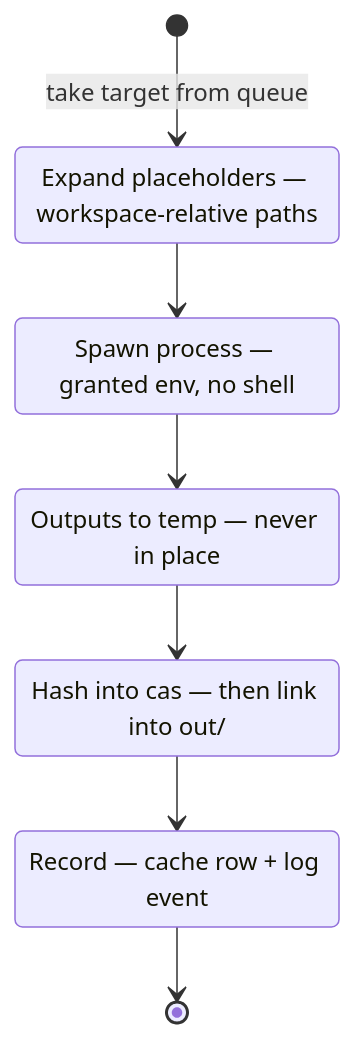
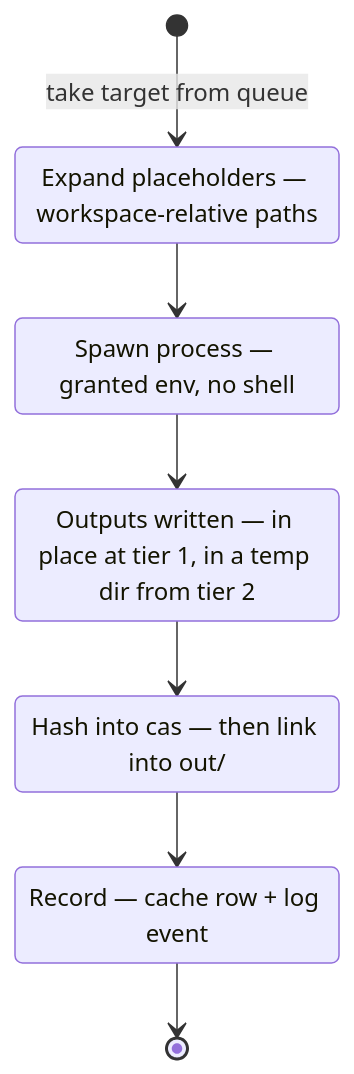
One commit to airsstack/buildl changed the seventh of 13 diagrams in docs/design.md. Above: the diagram before and after it, drawn with Mermaid. The commit also changed other lines of this file and 220 other files, not shown here.

````diff
--- a/docs/design.md
+++ b/docs/design.md
@@ -260,15 +286,15 @@
 ```mermaid
 %% Action lifecycle inside a worker
 stateDiagram-v2
     [*] --> Expand : take target from queue
     Expand : Expand placeholders — workspace-relative paths
     Spawn : Spawn process — granted env, no shell
-    Temp : Outputs to temp — never in place
+    Temp : Outputs written — in place at tier 1, in a temp dir from tier 2
     Cas : Hash into cas — then link into out/
     Rec : Record — cache row + log event
     Expand --> Spawn
     Spawn --> Temp
     Temp --> Cas
     Cas --> Rec
     Rec --> [*]
 ```
````
